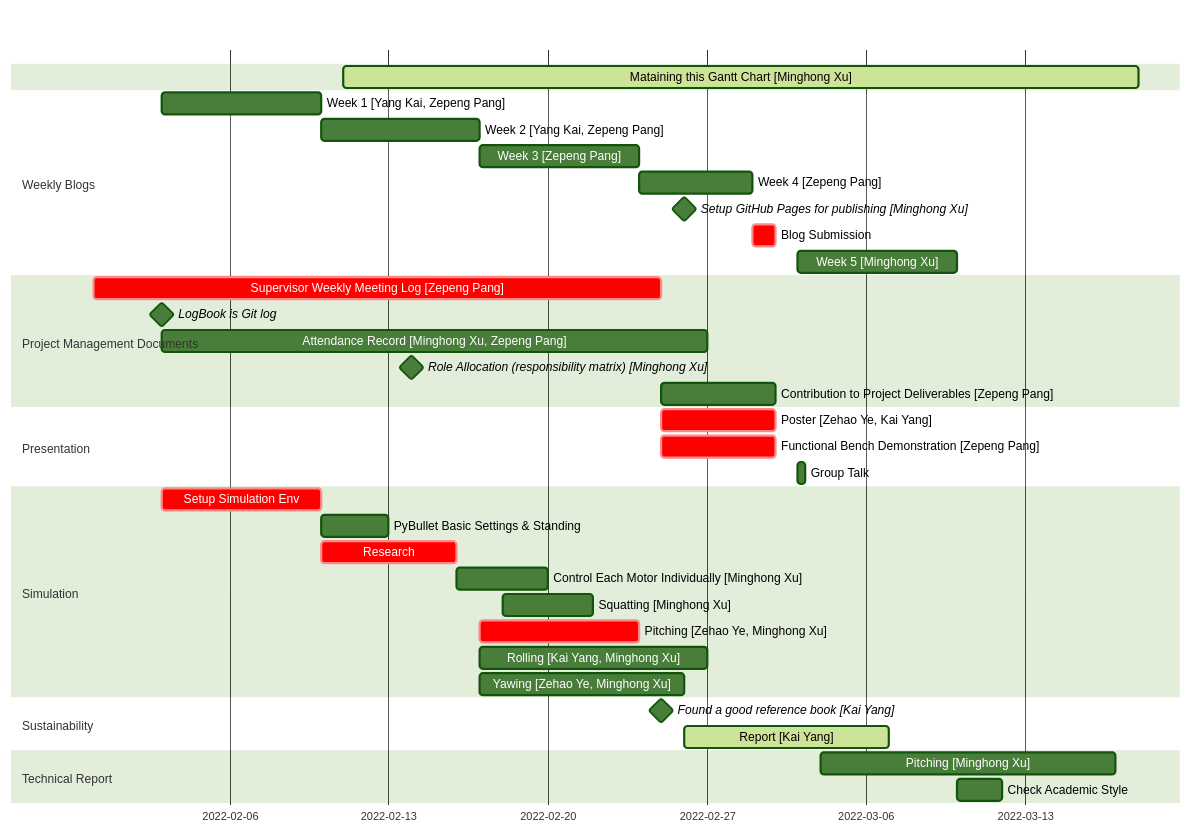
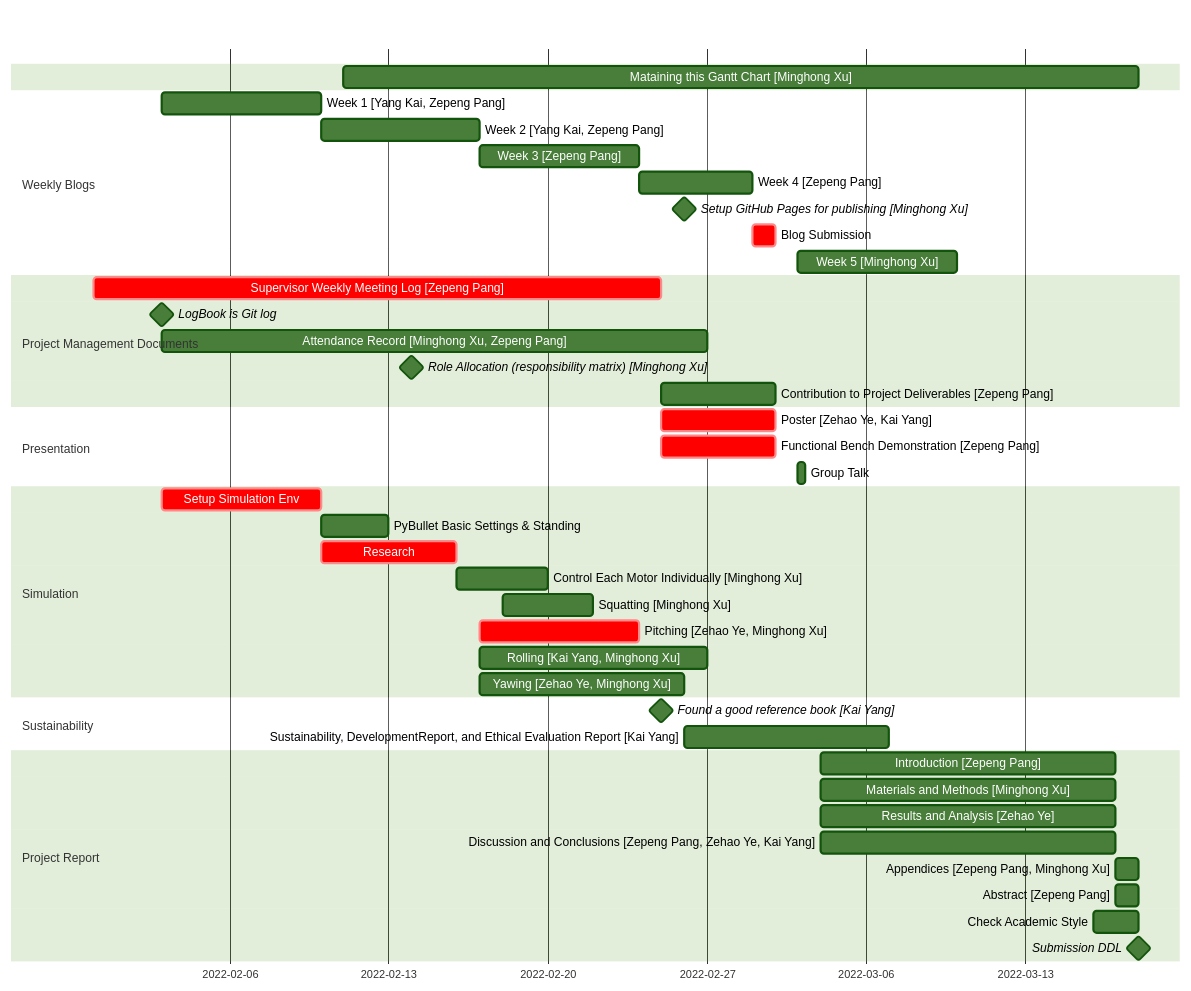
One commit to minghongx/year2-project changed the diagram in README.md. Above: the diagram before and after it, drawn with Mermaid (forest theme). The commit also changed other lines of this file and 5 other files, not shown here.

````diff
--- a/README.md
+++ b/README.md
@@ -6,45 +6,51 @@
 ```mermaid
 gantt
     dateFormat  YYYY-MM-DD
 
-    Mataining this Gantt Chart [Minghong Xu] : active, 2022-02-11, 2022-03-18
+    Mataining this Gantt Chart [Minghong Xu] : 2022-02-11, 2022-03-18
 
     section Weekly Blogs
     Week 1 [Yang Kai, Zepeng Pang] : blog1, 2022-02-03, 7d
     Week 2 [Yang Kai, Zepeng Pang] : blog2, after blog1, 7d
     Week 3 [Zepeng Pang] : blog3, after blog2, 7d
     Week 4 [Zepeng Pang] : blog4, after blog3, 5d
     Setup GitHub Pages for publishing [Minghong Xu] : milestone, 2022-02-26, 0d
     Blog Submission : crit, after blog4, 2022-03-02
     Week 5 [Minghong Xu] : 2022-03-03, 7d
 
     section Project Management Documents
     Supervisor Weekly Meeting Log [Zepeng Pang] : crit, 2022-01-31, 2022-02-25
     LogBook is Git log: milestone, 2022-02-03, 0d
     Attendance Record [Minghong Xu, Zepeng Pang] : 2022-02-03, 2022-02-27
     Role Allocation (responsibility matrix) [Minghong Xu] : milestone, 2022-02-14, 0d
     Contribution to Project Deliverables [Zepeng Pang] : 2022-02-25, 2022-03-02
 
     section Presentation
     Poster [Zehao Ye, Kai Yang] : crit, 2022-02-25, 2022-03-02
     Functional Bench Demonstration [Zepeng Pang] : crit, 2022-02-25, 2022-03-02
     Group Talk : 2022-03-03, 8h
 
     section Simulation
     Setup Simulation Env : crit, setup_sim_env, 2022-02-03, 7d
     PyBullet Basic Settings & Standing :after setup_sim_env, 3d
     Research : crit, research, after setup_sim_env, 6d
     Control Each Motor Individually [Minghong Xu] : after research, 2022-02-20
     Squatting [Minghong Xu] : 2022-02-18, 2022-02-22
     Pitching [Zehao Ye, Minghong Xu] : crit, 2022-02-17, 2022-02-24
     Rolling [Kai Yang, Minghong Xu] : 2022-02-17, 2022-02-27
     Yawing [Zehao Ye, Minghong Xu] : 2022-02-17, 2022-02-26
 
     section Sustainability
     Found a good reference book [Kai Yang] : milestone, 2022-02-25, 0d
-    Report [Kai Yang] : active, 2022-02-26, 2022-03-07
+    Sustainability, DevelopmentReport, and Ethical Evaluation Report [Kai Yang] : 2022-02-26, 2022-03-07
 
-    section Technical Report
-    Pitching [Minghong Xu] : 2022-03-04, 2022-03-17
-    Check Academic Style : 2022-03-10, 2d
+    section Project Report
+    Introduction [Zepeng Pang] : 2022-03-04, 2022-03-17
+    Materials and Methods [Minghong Xu] : 2022-03-04, 2022-03-17
+    Results and Analysis [Zehao Ye] : 2022-03-04, 2022-03-17
+    Discussion and Conclusions [Zepeng Pang, Zehao Ye, Kai Yang] : 2022-03-04, 2022-03-17
+    Appendices [Zepeng Pang, Minghong Xu]: 2022-03-17, 2022-03-18
+    Abstract [Zepeng Pang] : 2022-03-17, 2022-03-18
+    Check Academic Style : 2022-03-16, 2d
+    Submission DDL: milestone, 2022-03-18, 0d
 ```
````
